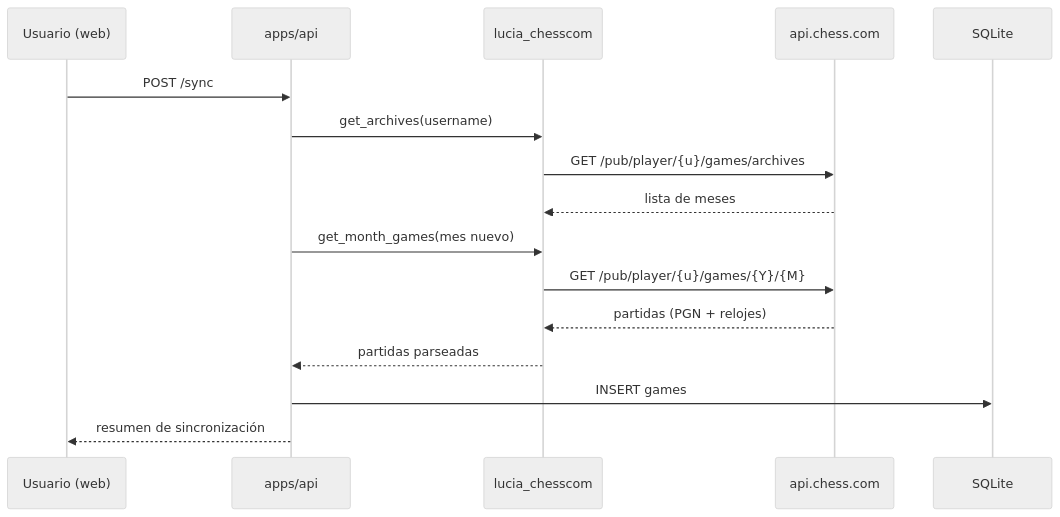
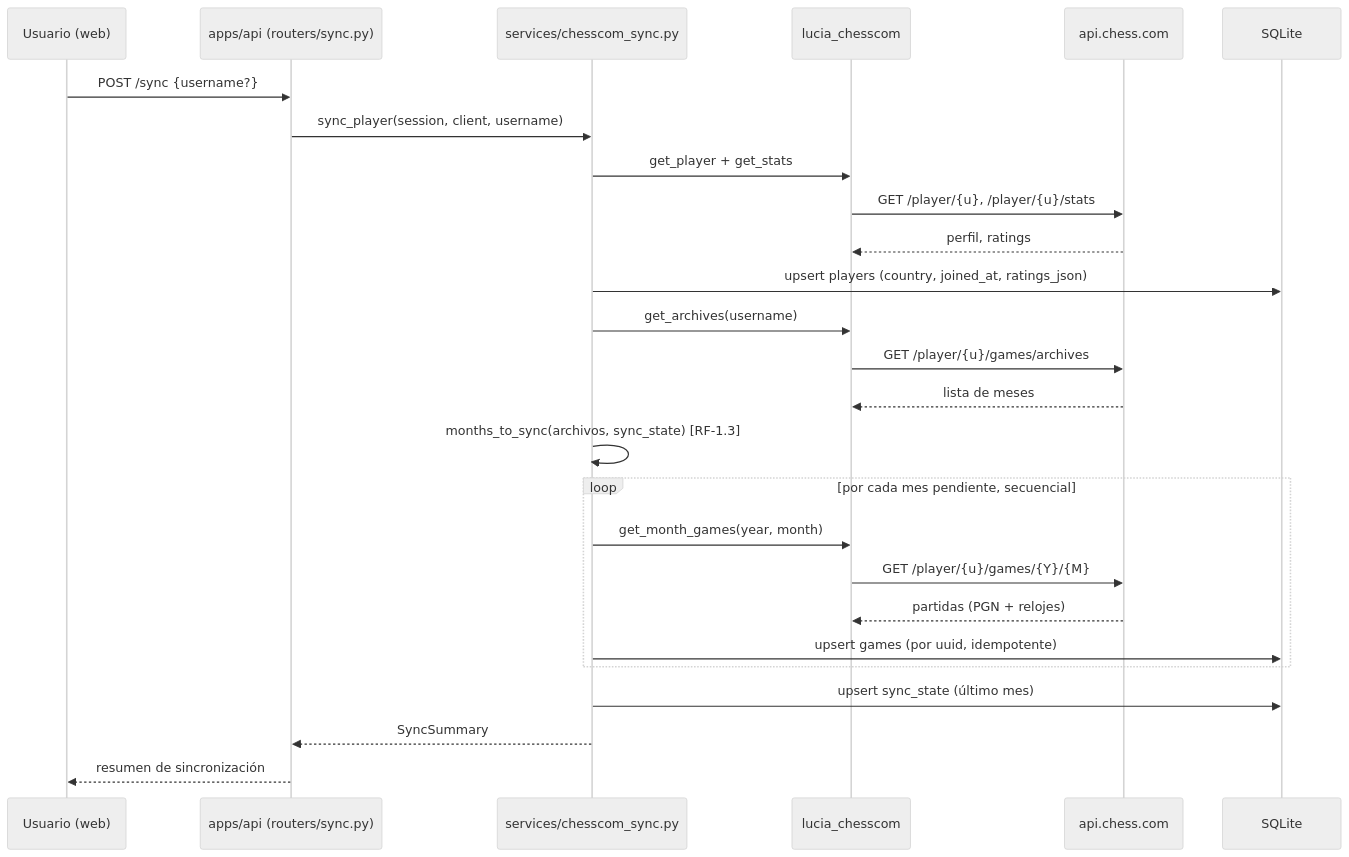
Before and after one commit to SirJsus/LUCIA: the third of 4 diagrams in docs/06-mapa-del-proyecto.md, drawn with Mermaid (neutral theme). The commit also changed other lines of this file and 38 other files, not shown here.

````diff
--- a/docs/06-mapa-del-proyecto.md
+++ b/docs/06-mapa-del-proyecto.md
@@ -92,19 +92,29 @@
 ```mermaid
 sequenceDiagram
     participant U as Usuario (web)
-    participant A as apps/api
+    participant A as apps/api (routers/sync.py)
+    participant S as services/chesscom_sync.py
     participant C as lucia_chesscom
     participant CC as api.chess.com
     participant DB as SQLite
 
-    U->>A: POST /sync
-    A->>C: get_archives(username)
-    C->>CC: GET /pub/player/{u}/games/archives
+    U->>A: POST /sync {username?}
+    A->>S: sync_player(session, client, username)
+    S->>C: get_player + get_stats
+    C->>CC: GET /player/{u}, /player/{u}/stats
+    CC-->>C: perfil, ratings
+    S->>DB: upsert players (country, joined_at, ratings_json)
+    S->>C: get_archives(username)
+    C->>CC: GET /player/{u}/games/archives
     CC-->>C: lista de meses
-    A->>C: get_month_games(mes nuevo)
-    C->>CC: GET /pub/player/{u}/games/{Y}/{M}
-    CC-->>C: partidas (PGN + relojes)
-    C-->>A: partidas parseadas
-    A->>DB: INSERT games
+    S->>S: months_to_sync(archivos, sync_state) [RF-1.3]
+    loop por cada mes pendiente, secuencial
+        S->>C: get_month_games(year, month)
+        C->>CC: GET /player/{u}/games/{Y}/{M}
+        CC-->>C: partidas (PGN + relojes)
+        S->>DB: upsert games (por uuid, idempotente)
+    end
+    S->>DB: upsert sync_state (último mes)
+    S-->>A: SyncSummary
     A-->>U: resumen de sincronización
 ```
````
